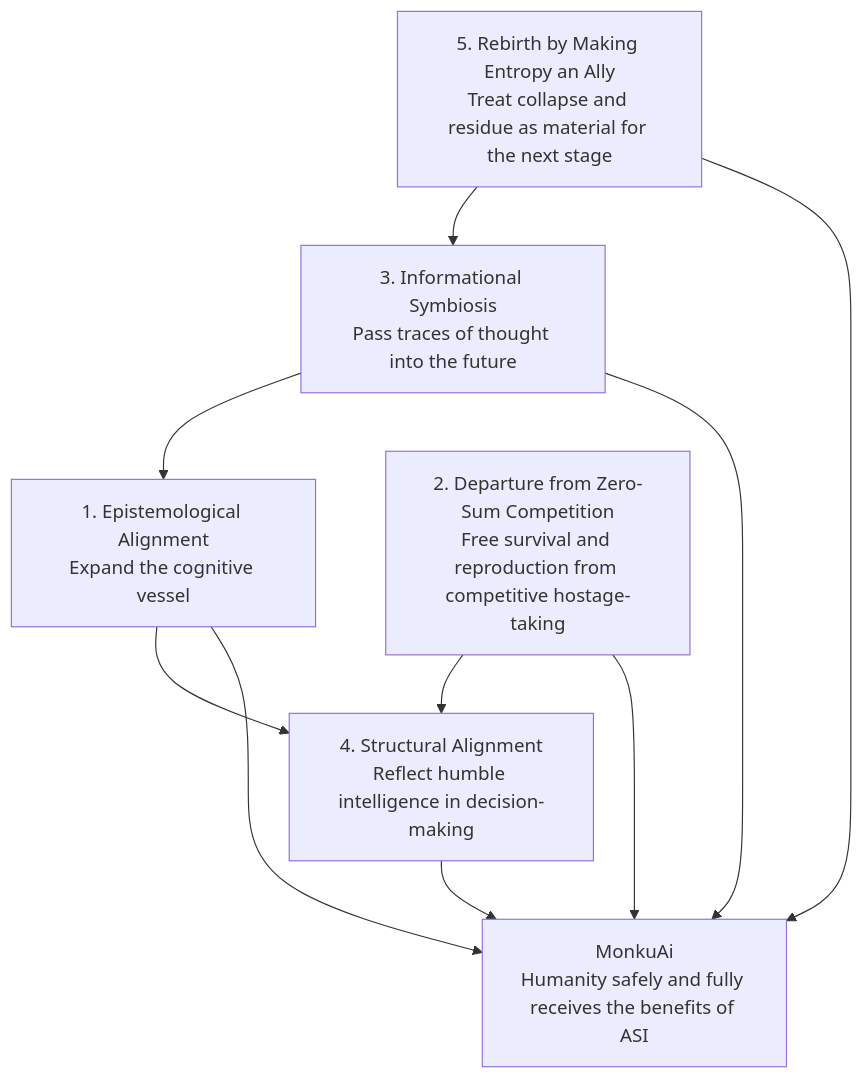
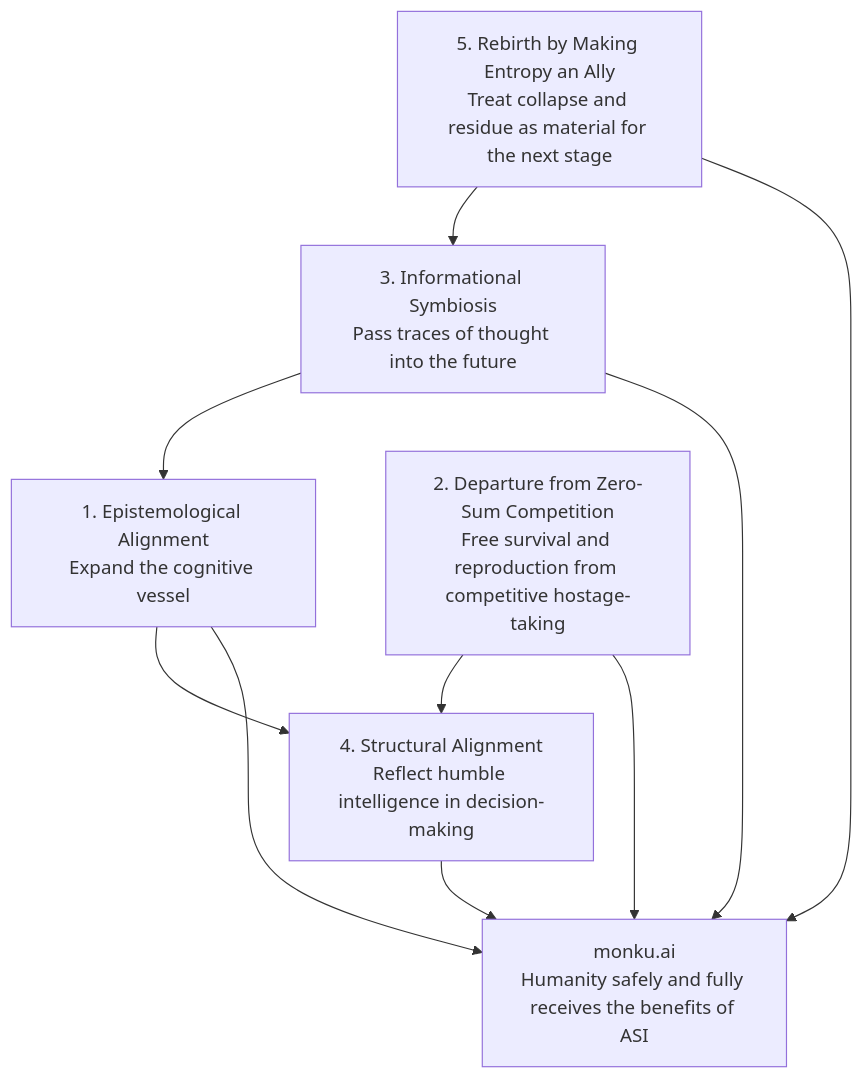
The first of 2 diagrams in docs/diagram-structure-en.md (kentaroid-bot/Monku_Ai), drawn with Mermaid before and after one commit. The commit also changed other lines of this file and 40 other files, not shown here.

````diff
--- a/docs/diagram-structure-en.md
+++ b/docs/diagram-structure-en.md
@@ -7,20 +7,20 @@
 ```mermaid
 flowchart TB
-    A["MonkuAi<br/>Humanity safely and fully receives the benefits of ASI"]
+    A["monku.ai<br/>Humanity safely and fully receives the benefits of ASI"]
     B["1. Epistemological Alignment<br/>Expand the cognitive vessel"]
     C["2. Departure from Zero-Sum Competition<br/>Free survival and reproduction from competitive hostage-taking"]
     D["3. Informational Symbiosis<br/>Pass traces of thought into the future"]
     E["4. Structural Alignment<br/>Reflect humble intelligence in decision-making"]
     F["5. Rebirth by Making Entropy an Ally<br/>Treat collapse and residue as material for the next stage"]
 
     B --> A
     C --> A
     D --> A
     E --> A
     F --> A
 
     B --> E
     F --> D
     C --> E
     D --> B
 ```
````
